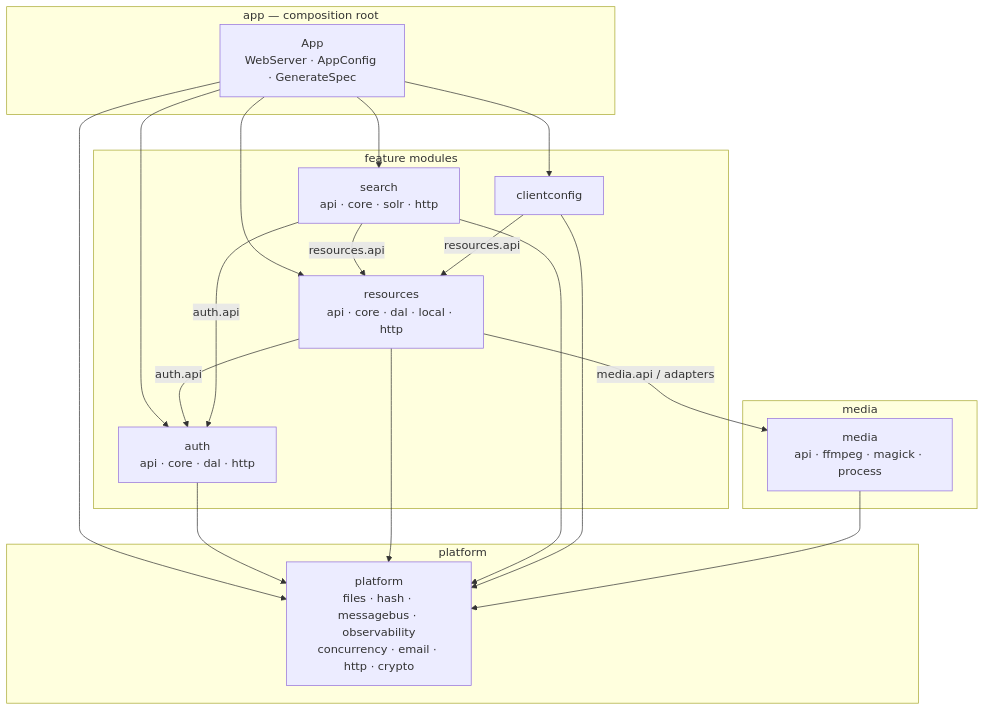
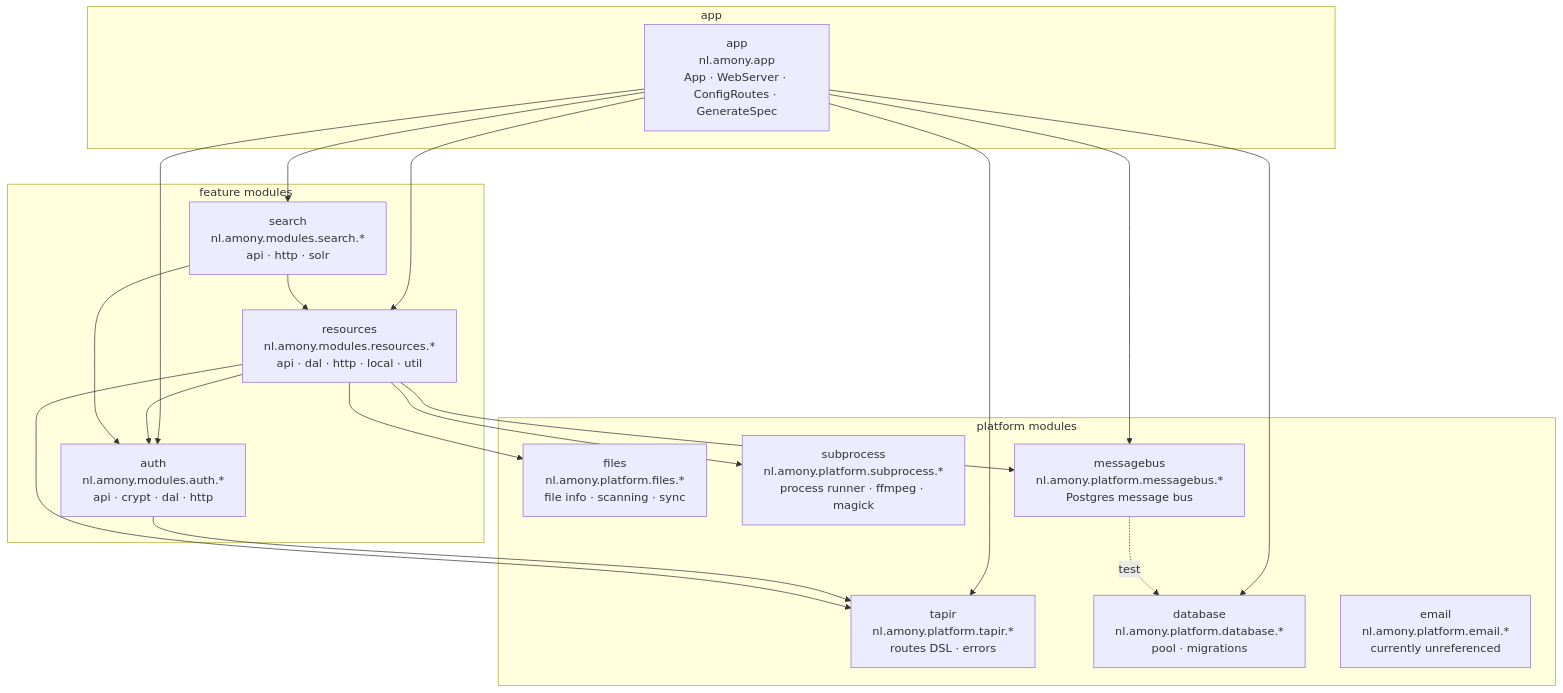
Before and after one commit to merlijn/amony: the diagram in docs/modules/module-boundaries.md, drawn with Mermaid. The commit also changed other lines of this file and 139 other files, not shown here.

````diff
--- a/docs/modules/module-boundaries.md
+++ b/docs/modules/module-boundaries.md
@@ -283,42 +6,41 @@
 ```mermaid
 flowchart TB
-  subgraph app_group["app — composition root"]
-    app_node["App<br/>WebServer · AppConfig · GenerateSpec"]
+  subgraph app_group["app"]
+    app["app<br/>nl.amony.app<br/>App · WebServer · ConfigRoutes · GenerateSpec"]
   end
 
   subgraph feature_group["feature modules"]
-    auth["auth<br/>api · core · dal · http"]
-    resources["resources<br/>api · core · dal · local · http"]
-    search["search<br/>api · core · solr · http"]
-    clientconfig["clientconfig"]
+    auth["auth<br/>nl.amony.modules.auth.*<br/>api · crypt · dal · http"]
+    resources["resources<br/>nl.amony.modules.resources.*<br/>api · dal · http · local · util"]
+    search["search<br/>nl.amony.modules.search.*<br/>api · http · solr"]
   end
 
-  subgraph media_group["media"]
-    media_node["media<br/>api · ffmpeg · magick · process"]
+  subgraph platform_group["platform modules"]
+    tapir["tapir<br/>nl.amony.platform.tapir.*<br/>routes DSL · errors"]
+    files["files<br/>nl.amony.platform.files.*<br/>file info · scanning · sync"]
+    subprocess["subprocess<br/>nl.amony.platform.subprocess.*<br/>process runner · ffmpeg · magick"]
+    database["database<br/>nl.amony.platform.database.*<br/>pool · migrations"]
+    messagebus["messagebus<br/>nl.amony.platform.messagebus.*<br/>Postgres message bus"]
+    email["email<br/>nl.amony.platform.email.*<br/>currently unreferenced"]
   end
 
-  subgraph platform_group["platform"]
-    platform_node["platform<br/>files · hash · messagebus · observability<br/>concurrency · email · http · crypto"]
-  end
+  app --> auth
+  app --> resources
+  app --> search
+  app --> tapir
+  app --> database
+  app --> messagebus
 
-  app_node --> auth
-  app_node --> resources
-  app_node --> search
-  app_node --> clientconfig
-  app_node --> platform_node
+  auth --> tapir
 
-  auth --> platform_node
+  resources --> auth
+  resources --> tapir
+  resources --> files
+  resources --> subprocess
+  resources --> messagebus
 
-  resources -->|auth.api| auth
-  resources -->|media.api / adapters| media_node
-  resources --> platform_node
+  search --> auth
+  search --> resources
 
-  search -->|auth.api| auth
-  search -->|resources.api| resources
-  search --> platform_node
-
-  clientconfig -->|resources.api| resources
-  clientconfig --> platform_node
-
-  media_node --> platform_node
+  messagebus -.->|test| database
 ```
````
